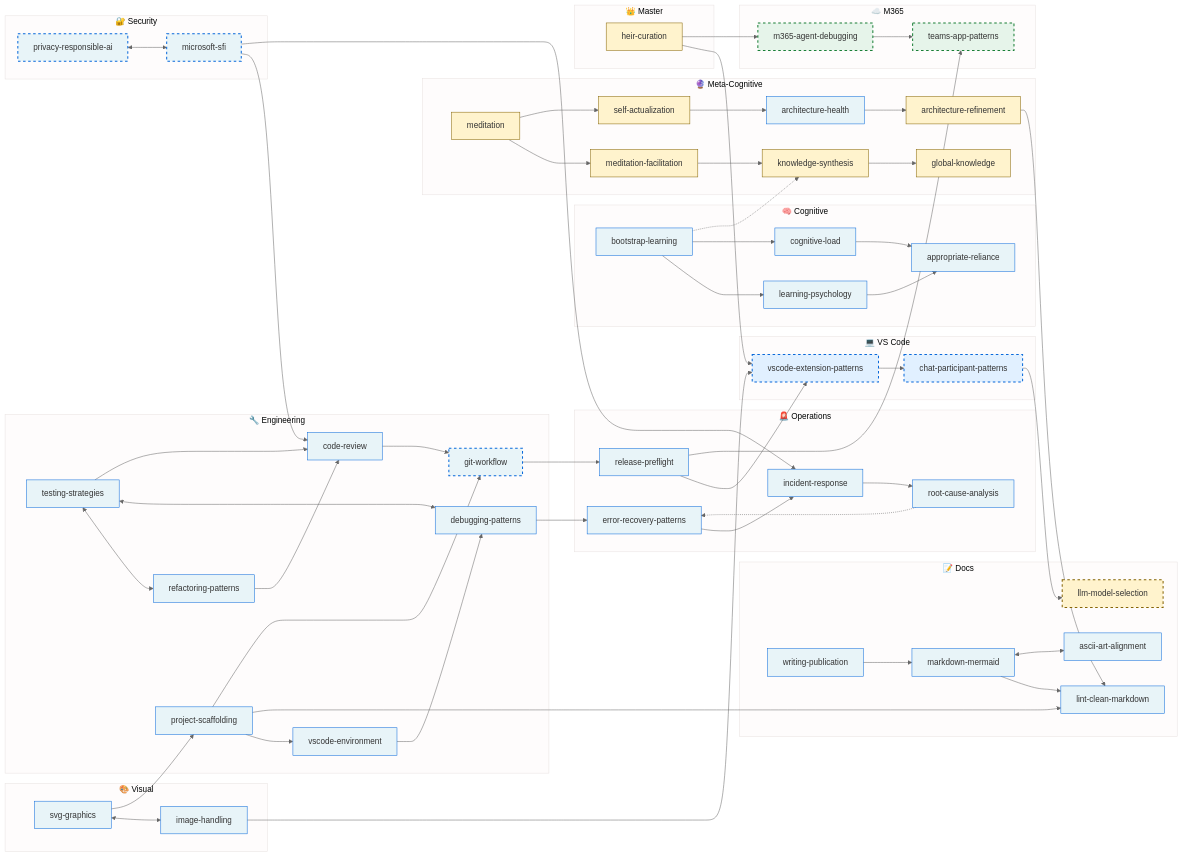
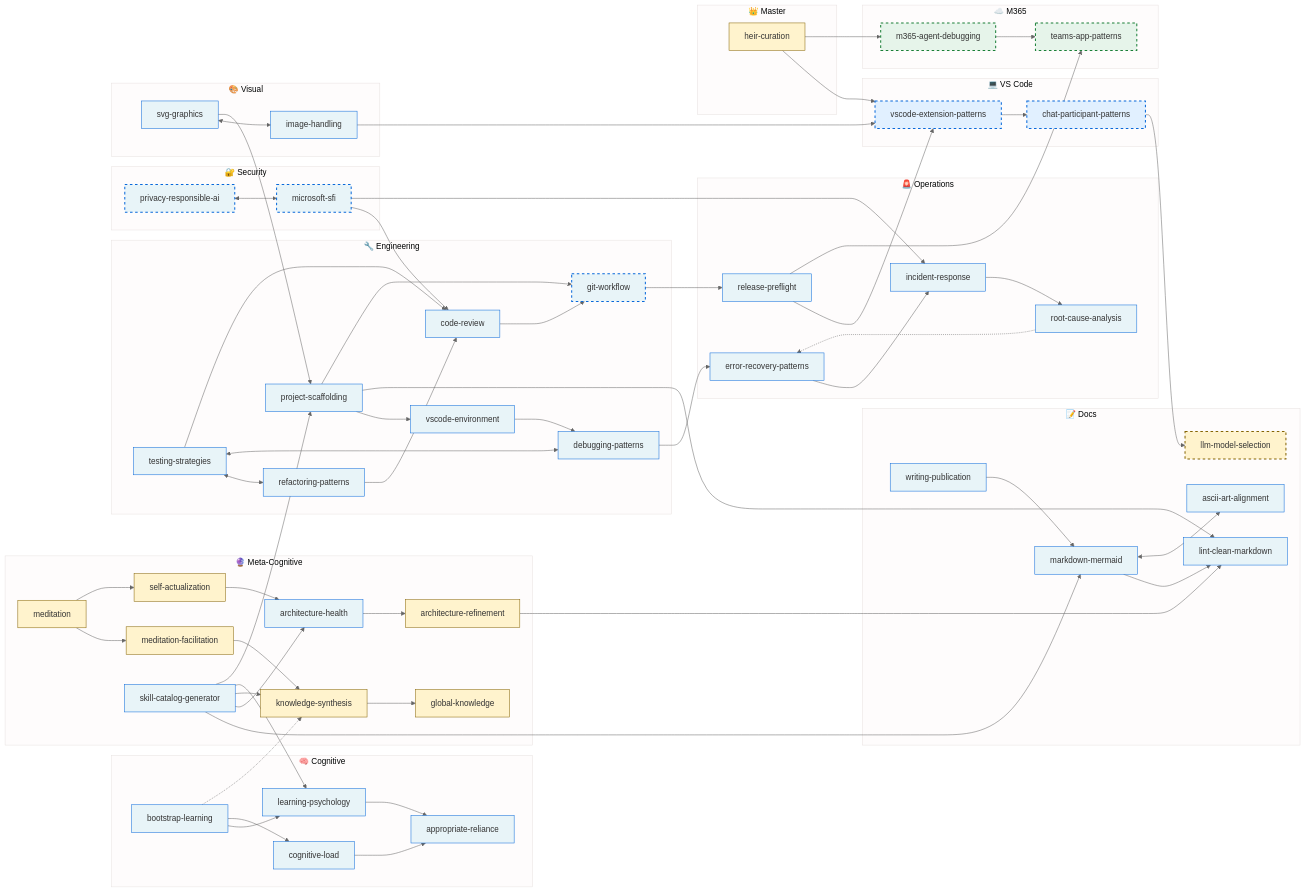
Before and after one commit to fabioc-aloha/Alex_Plug_In: the diagram in alex_docs/SKILLS-CATALOG.md, drawn with Mermaid. The commit also changed other lines of this file and 2 other files, not shown here.

First line of the commit message:
feat(skills): Add skill-catalog-generator for heirs to visualize learning

```diff
--- a/alex_docs/SKILLS-CATALOG.md
+++ b/alex_docs/SKILLS-CATALOG.md
@@ -157,6 +158,7 @@
         SA[self-actualization]
         AH[architecture-health]
         ARF[architecture-refinement]
+        SCG[skill-catalog-generator]
     end
 
     subgraph Eng["🔧 Engineering"]
@@ -216,6 +218,7 @@
     %% Meta-cognitive flow
     MED --> MF --> KS --> GK
     SA --> AH --> ARF
+    SCG --> MM & AH & KS & LP & PS
     MED --> SA
     BL -.-> KS
 
```
